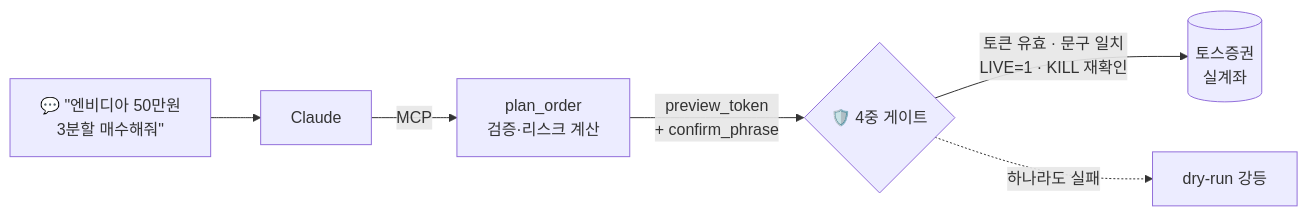
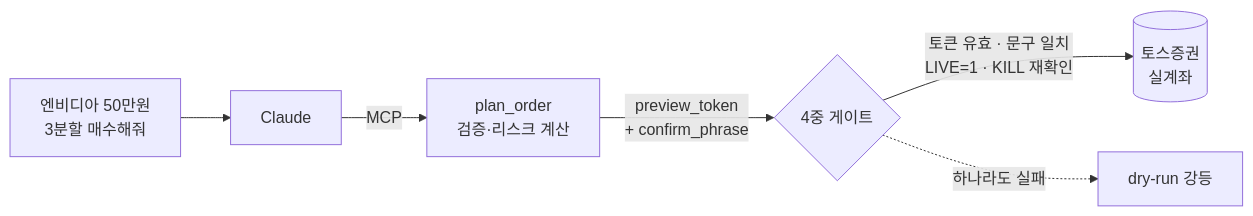
Before and after one commit to khwee2000/khwee2000: the diagram in README.md, drawn with Mermaid. The commit also changed other lines of this file, not shown here.

````diff
--- a/README.md
+++ b/README.md
@@ -78,8 +78,8 @@
 ```mermaid
 flowchart LR
-    U["💬 &quot;엔비디아 50만원<br/>3분할 매수해줘&quot;"] --> C[Claude]
+    U["&quot;엔비디아 50만원<br/>3분할 매수해줘&quot;"] --> C[Claude]
     C -->|MCP| P["plan_order<br/>검증·리스크 계산"]
-    P -->|preview_token<br/>+ confirm_phrase| G{"🛡️ 4중 게이트"}
+    P -->|preview_token<br/>+ confirm_phrase| G{"4중 게이트"}
     G -->|토큰 유효 · 문구 일치<br/>LIVE=1 · KILL 재확인| T[(토스증권<br/>실계좌)]
     G -.->|하나라도 실패| D["dry-run 강등"]
 ```
````
